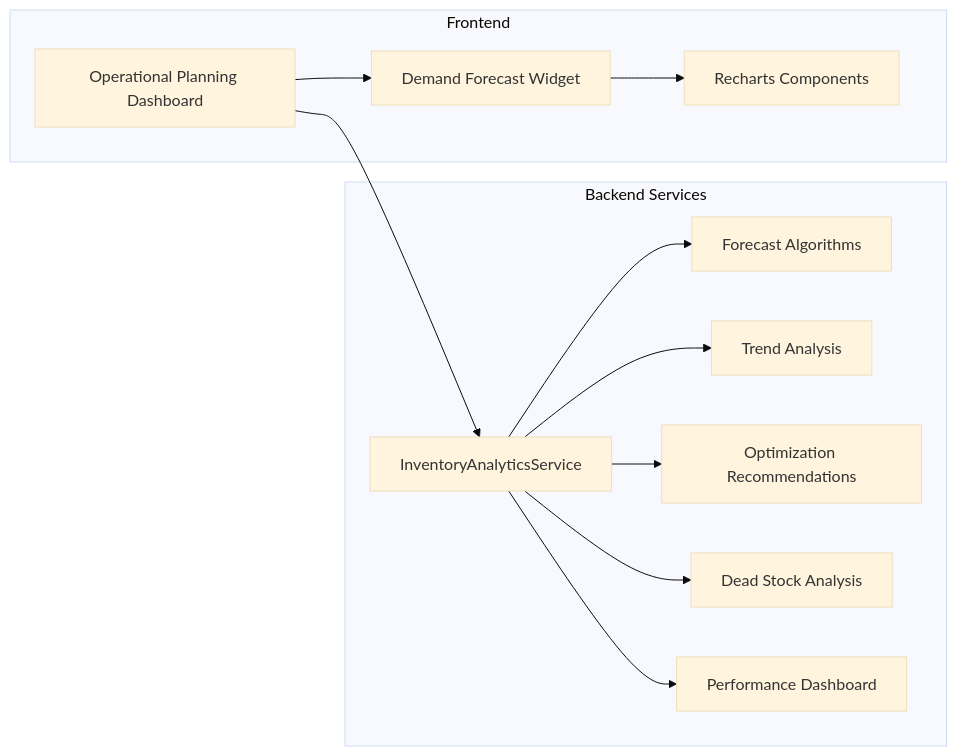
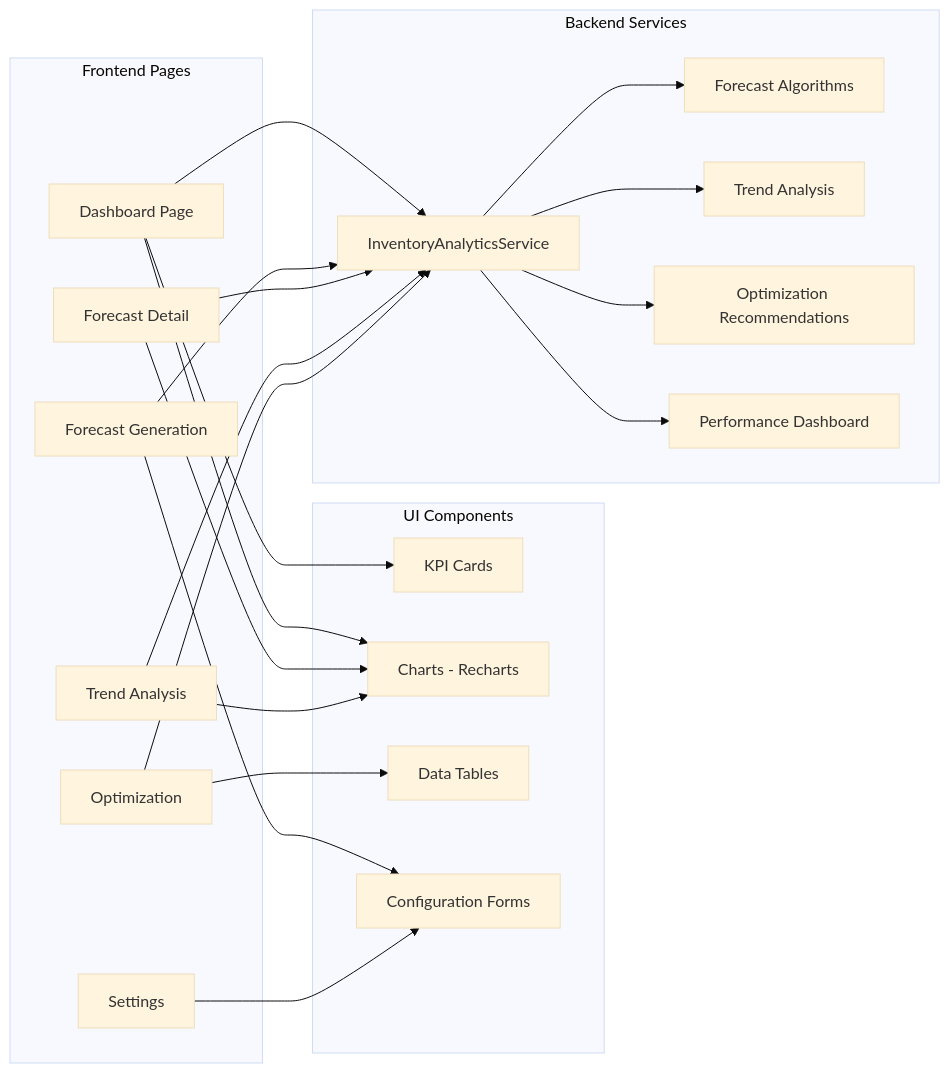
The second of 3 diagrams in docs/app/operational-planning/demand-forecasting/TS-demand-forecasting.md (PeakMNA/carmen), drawn with Mermaid (base theme) before and after one commit. The commit also changed other lines of this file and 473 other files, not shown here.

````diff
--- a/docs/app/operational-planning/demand-forecasting/TS-demand-forecasting.md
+++ b/docs/app/operational-planning/demand-forecasting/TS-demand-forecasting.md
@@ -77,27 +84,45 @@
 ```mermaid
 graph LR
-    subgraph Frontend
-        OPD[Operational Planning Dashboard]
-        DFW[Demand Forecast Widget]
-        RC[Recharts Components]
+    subgraph Frontend Pages
+        DP[Dashboard Page]
+        FGP[Forecast Generation]
+        FDP[Forecast Detail]
+        TAP[Trend Analysis]
+        ORP[Optimization]
+        STP[Settings]
+    end
+
+    subgraph UI Components
+        KPI[KPI Cards]
+        CHT[Charts - Recharts]
+        TBL[Data Tables]
+        FRM[Configuration Forms]
     end
 
     subgraph Backend Services
         IAS[InventoryAnalyticsService]
         FA[Forecast Algorithms]
         TA[Trend Analysis]
         OR[Optimization Recommendations]
-        DSA[Dead Stock Analysis]
         PD[Performance Dashboard]
     end
 
-    OPD --> DFW
-    DFW --> RC
-    OPD --> IAS
+    DP --> KPI
+    DP --> CHT
+    FGP --> FRM
+    FDP --> CHT
+    TAP --> CHT
+    ORP --> TBL
+    STP --> FRM
+
+    DP --> IAS
+    FGP --> IAS
+    FDP --> IAS
+    TAP --> IAS
+    ORP --> IAS
 
     IAS --> FA
     IAS --> TA
     IAS --> OR
-    IAS --> DSA
     IAS --> PD
 ```
````
